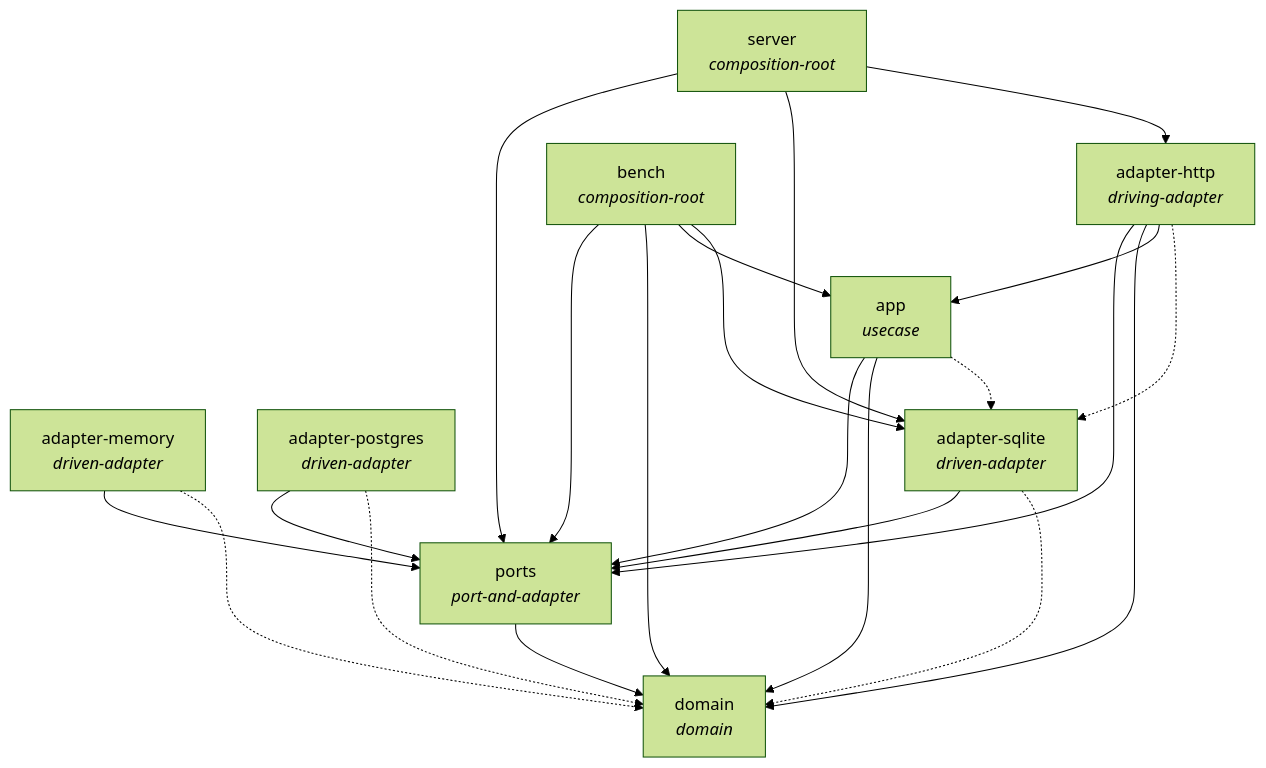
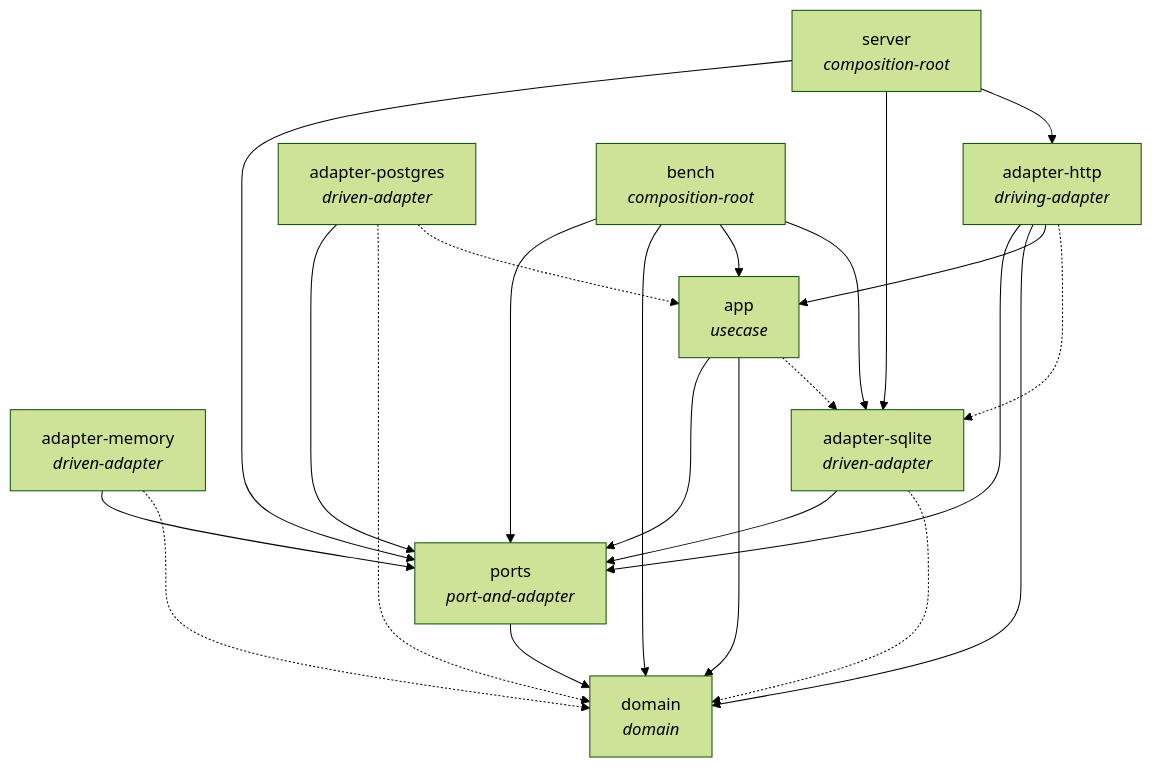
Before and after one commit to igouss/rust-service-architecture: the diagram in docs/views/crates.md, drawn with Mermaid (forest theme). The commit also changed 14 other files, not shown here.

````diff
--- a/docs/views/crates.md
+++ b/docs/views/crates.md
@@ -6,33 +6,34 @@
 ```mermaid
 graph TD
     adapter_http["adapter-http<br/><i>driving-adapter</i>"]
     adapter_memory["adapter-memory<br/><i>driven-adapter</i>"]
     adapter_postgres["adapter-postgres<br/><i>driven-adapter</i>"]
     adapter_sqlite["adapter-sqlite<br/><i>driven-adapter</i>"]
     app["app<br/><i>usecase</i>"]
     bench["bench<br/><i>composition-root</i>"]
     domain["domain<br/><i>domain</i>"]
     ports["ports<br/><i>port-and-adapter</i>"]
     server["server<br/><i>composition-root</i>"]
     adapter_http -.-> adapter_sqlite
     adapter_http --> app
     adapter_http --> domain
     adapter_http --> ports
     adapter_memory -.-> domain
     adapter_memory --> ports
+    adapter_postgres -.-> app
     adapter_postgres -.-> domain
     adapter_postgres --> ports
     adapter_sqlite -.-> domain
     adapter_sqlite --> ports
     app -.-> adapter_sqlite
     app --> domain
     app --> ports
     bench --> adapter_sqlite
     bench --> app
     bench --> domain
     bench --> ports
     ports --> domain
     server --> adapter_http
     server --> adapter_sqlite
     server --> ports
 ```
````
